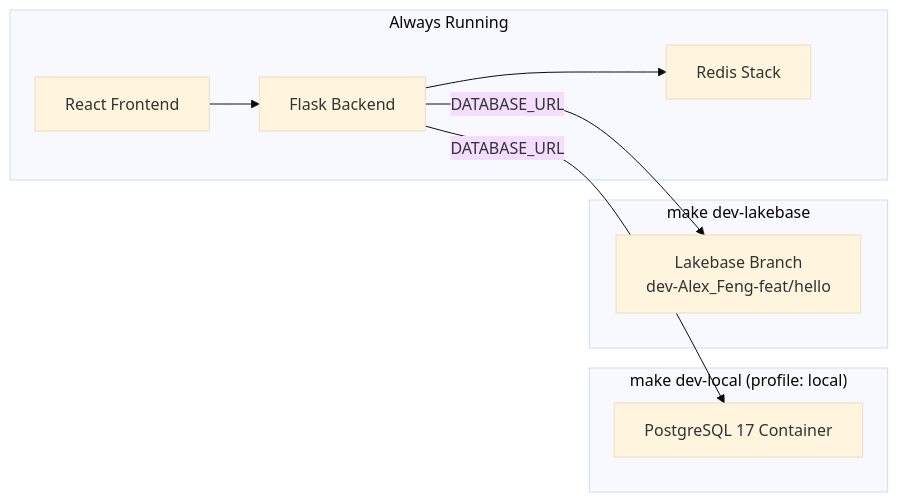
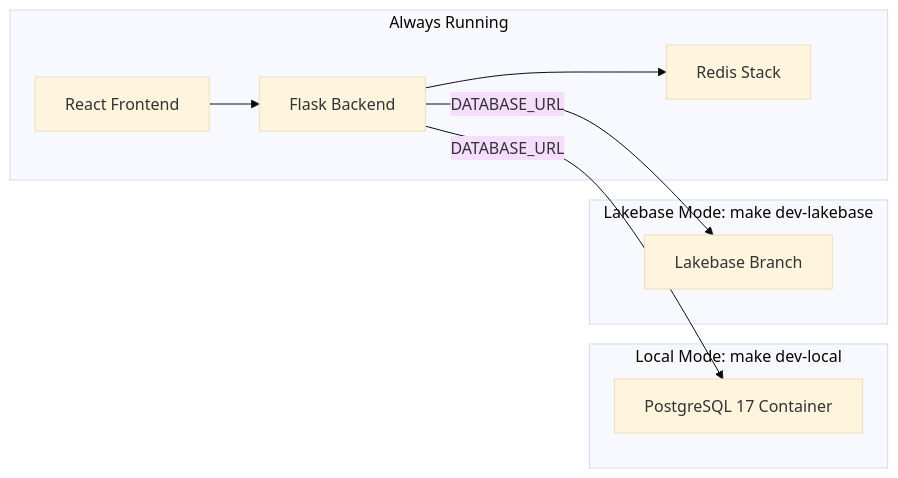
Before and after one commit to db-afeng/lakebase_docker_compose: the first of 2 diagrams in blog.md, drawn with Mermaid (base theme). The commit also changed other lines of this file, not shown here.

Commit message:
fix(blog): resolve mermaid diagram formatting issues with newlines and label clipping

````diff
--- a/blog.md
+++ b/blog.md
@@ -147,18 +147,18 @@
 ```mermaid
 flowchart LR
-  subgraph devLocal ["make dev-local (profile: local)"]
+  subgraph local ["Local Mode: make dev-local"]
     PG[PostgreSQL 17 Container]
   end
-  subgraph devLakebase ["make dev-lakebase"]
-    LB["Lakebase Branch\ndev-Alex_Feng-feat/hello"]
+  subgraph lakebase ["Lakebase Mode: make dev-lakebase"]
+    LB["Lakebase Branch"]
   end
-  subgraph alwaysOn [Always Running]
+  subgraph services [Always Running]
+    FE[React Frontend]
     BE[Flask Backend]
-    FE[React Frontend]
     RD[Redis Stack]
   end
+  FE --> BE
+  BE --> RD
   BE -->|DATABASE_URL| PG
   BE -->|DATABASE_URL| LB
-  BE --> RD
-  FE --> BE
 ```
````
